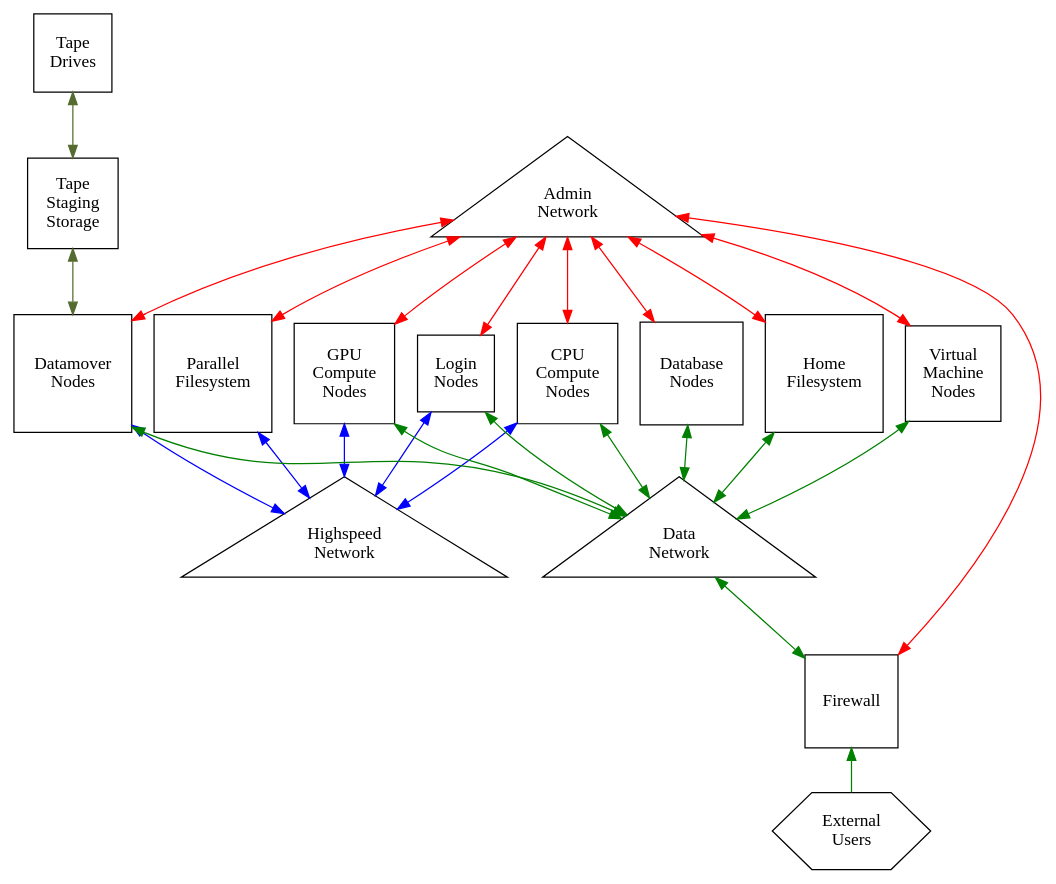
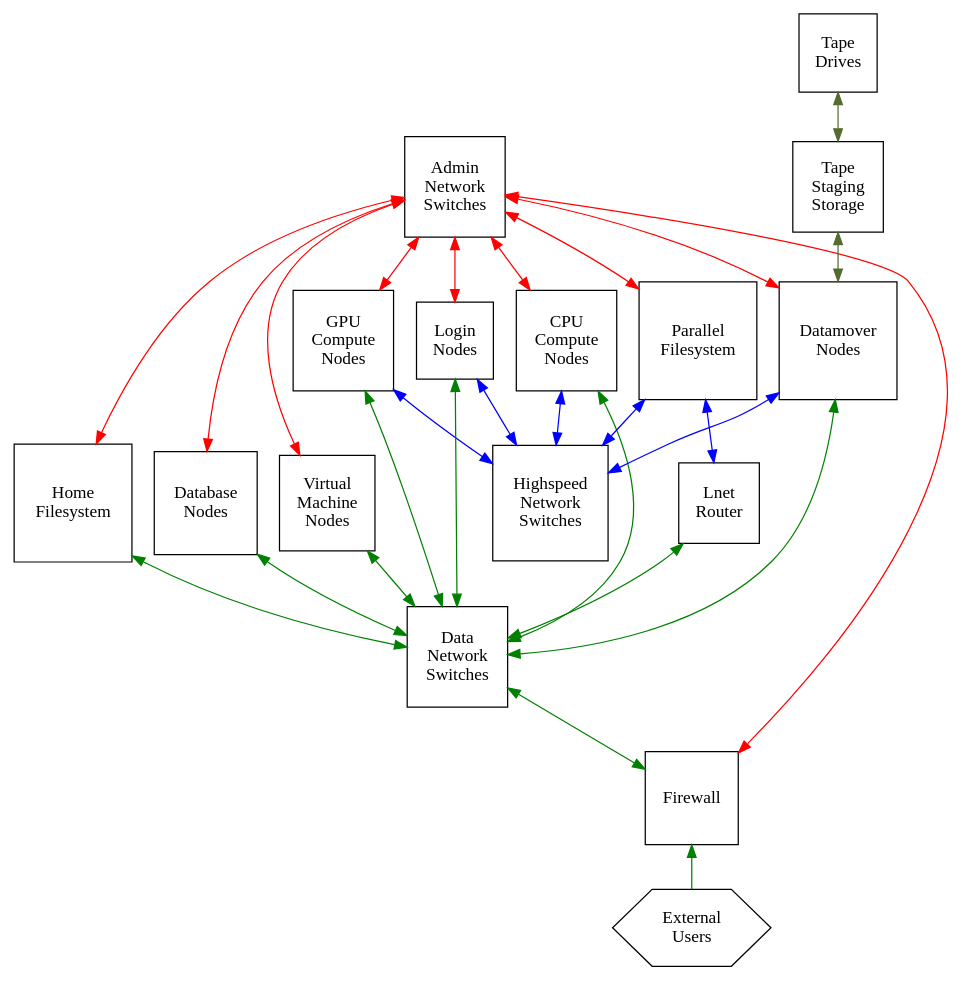
One commit to BSCrumpton/hpc-diagram-sensitivity-examples changed the diagram in Architecture_Diagrams/architecture_diagram_4.gv. Above: the diagram before and after it, drawn with Graphviz. The commit also changed 4 other files, not shown here.

First line of the commit message:
re-wrote all architecture diagrams to use default rankdir, non-quoted attributes

```diff
--- a/Architecture_Diagrams/architecture_diagram_4.gv
+++ b/Architecture_Diagrams/architecture_diagram_4.gv
@@ -1,56 +1,57 @@
-// Adding things to the diagram like backup infrastructure
+// Adding things to the diagram like backup infrastructure, lnet routers
 digraph g {
-    rankdir="BT";
-    overlap="scalexy"
-    Admin_Net[shape=triangle,label="Admin\nNetwork"];
+    Admin_Net[shape=square,label="Admin\nNetwork\nSwitches"];
     // Compute[shape=square];
     Firewall[shape=square];
     // Storage[shape=square];
     // Infra[shape=square,label="Infrastructure\nNodes"];
-    HS_Net[shape=triangle,label="Highspeed\nNetwork"];
-    Data_Net[shape=triangle,label="Data\nNetwork"];
+    HS_Net[shape=square,label="Highspeed\nNetwork\nSwitches"];
+    Data_Net[shape=square,label="Data\nNetwork\nSwitches"];
     External[shape=hexagon,label="External\nUsers"]
-    External -> Firewall[color="green"];
-    Firewall -> Data_Net[dir="both",color="green"];
-    Firewall -> Admin_Net[dir="both",color="red"];
-    // Data_Net -> Compute[dir="both",color="green"];
-    // HS_Net -> Compute[dir="both",color="blue"];
-    // Compute -> Admin_Net[dir="both",color="red"];
-    // Data_Net -> Infra[dir="both",color="green"];
-    // HS_Net -> Infra[dir="both",color="blue"];
-    // Infra -> Admin_Net[dir="both",color="red"];
-    // HS_Net -> Storage[dir="both",color="blue"];
-    // Storage -> Admin_Net[dir="both",color="red"];
+    Firewall -> External[dir=back,color=green];
+    Data_Net -> Firewall[dir=both,color=green];
+    Admin_Net -> Firewall[dir=both,color=red];
+    // Compute -> Data_Net[dir=both,color=green];
+    // Compute -> HS_Net[dir=both,color=blue];
+    // Admin_Net -> Compute[dir=both,color=red];
+    // Infra -> Data_Net[dir=both,color=green];
+    // Infra -> HS_Net[dir=both,color=blue];
+    // Admin_Net -> Infra[dir=both,color=red];
+    // Storage -> HS_Net[dir=both,color=blue];
+    // Admin_Net -> Storage[dir=both,color=red];
     CPU[shape=square,label="CPU\nCompute\nNodes"];
-    Data_Net -> CPU[dir="both",color="green"];
-    HS_Net -> CPU[dir="both",color="blue"];
-    CPU -> Admin_Net[dir="both",color="red"];
+    CPU -> Data_Net[dir=both,color=green];
+    CPU -> HS_Net[dir=both,color=blue];
+    Admin_Net -> CPU[dir=both,color=red];
     GPU[shape=square,label="GPU\nCompute\nNodes"];
-    Data_Net -> GPU[dir="both",color="green"];
-    HS_Net -> GPU[dir="both",color="blue"];
-    GPU -> Admin_Net[dir="both",color="red"];
+    GPU -> Data_Net[dir=both,color=green];
+    GPU -> HS_Net[dir=both,color=blue];
+    Admin_Net -> GPU[dir=both,color=red];
     Storage1[shape=square,label="Parallel\nFilesystem"];
-    HS_Net -> Storage1[dir="both",color="blue"];
-    Storage1 -> Admin_Net[dir="both",color="red"];
+    Storage1 -> HS_Net[dir=both,color=blue];
+    Admin_Net -> Storage1[dir=both,color=red];
     Storage2[shape=square,label="Home\nFilesystem"];
-    Data_Net -> Storage2[dir="both",color="green"];
-    Storage2 -> Admin_Net[dir="both",color="red"];
+    Storage2 -> Data_Net[dir=both,color=green];
+    Admin_Net -> Storage2[dir=both,color=red];
     Login[shape=square,label="Login\nNodes"];
-    Data_Net -> Login[dir="both",color="green"];
-    HS_Net -> Login[dir="both",color="blue"];
-    Login -> Admin_Net[dir="both",color="red"];
+    Login -> Data_Net[dir=both,color=green];
+    Login -> HS_Net[dir=both,color=blue];
+    Admin_Net -> Login[dir=both,color=red];
     Dbase[shape=square,label="Database\nNodes"];
-    Data_Net -> Dbase[dir="both",color="green"];
-    Dbase -> Admin_Net[dir="both",color="red"];
+    Dbase -> Data_Net[dir=both,color=green];
+    Admin_Net -> Dbase[dir=both,color=red];
     Datamover[shape=square,label="Datamover\nNodes"];
-    Data_Net -> Datamover[dir="both",color="green"];
-    HS_Net -> Datamover[dir="both",color="blue"];
-    Datamover -> Admin_Net[dir="both",color="red"];
+    Datamover -> Data_Net[dir=both,color=green];
+    Datamover -> HS_Net[dir=both,color=blue];
+    Admin_Net -> Datamover[dir=both,color=red];
     VM[shape=square,label="Virtual\nMachine\nNodes"];
-    Data_Net -> VM[dir="both",color="green"];
-    VM -> Admin_Net[dir="both",color="red"];
-    TapeStage[shape=square,label="Tape\nStaging\nStorage"]
-    Datamover -> TapeStage[dir=both,color=darkolivegreen];
-    Tape[shape=square,label="Tape\nDrives"]
-    TapeStage -> Tape[dir=both,color=darkolivegreen];
+    VM -> Data_Net[dir=both,color=green];
+    Admin_Net -> VM[dir=both,color=red];
+    TapeStage[shape=square,label="Tape\nStaging\nStorage"];
+    TapeStage -> Datamover[dir=both,color=darkolivegreen];
+    Tape[shape=square,label="Tape\nDrives"];
+    Tape -> TapeStage[dir=both,color=darkolivegreen];
+    LnetRouter[shape=square,label="Lnet\nRouter"];
+    Storage1 -> LnetRouter[dir=both,color=blue];
+    LnetRouter -> Data_Net[dir=both,color=green];
 }
```
